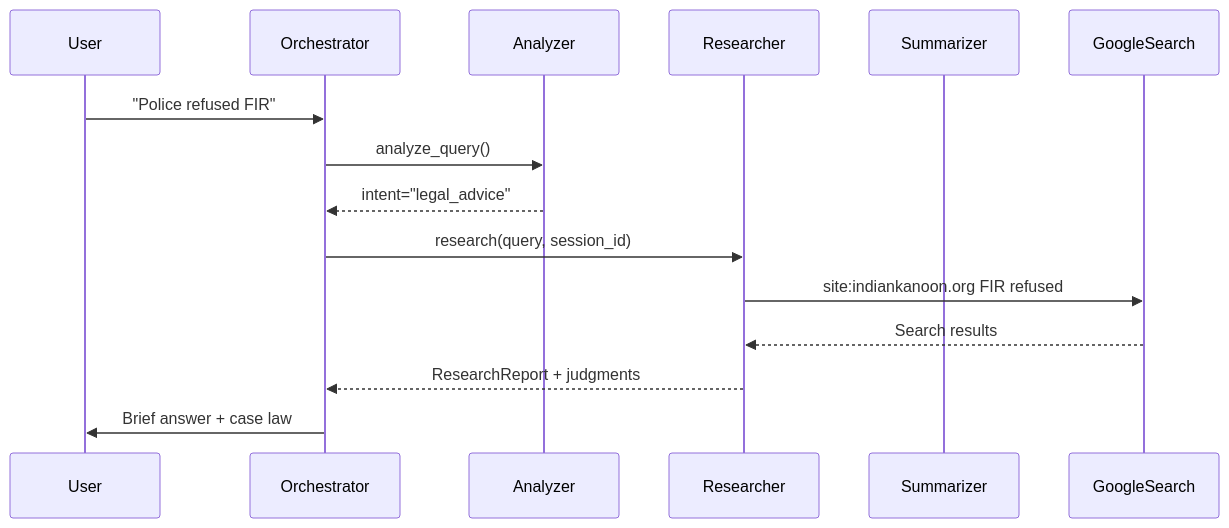
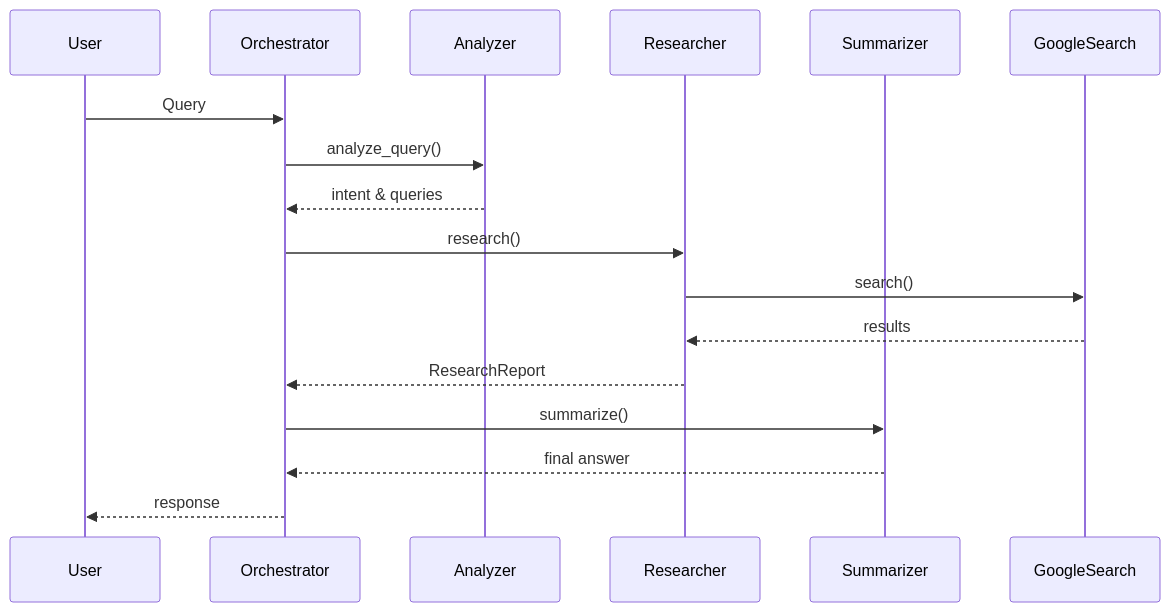
The diagram in agents/README.md (naKarthikSurya/Civic-AI), drawn with Mermaid before and after one commit. The commit also changed other lines of this file and 8 other files, not shown here.

````diff
--- a/agents/README.md
+++ b/agents/README.md
@@ -112,19 +70,18 @@
 ```mermaid
 sequenceDiagram
     participant User
     participant Orchestrator
     participant Analyzer
     participant Researcher
     participant Summarizer
-    
-    User->>Orchestrator: "Police refused FIR"
+    User->>Orchestrator: Query
     Orchestrator->>Analyzer: analyze_query()
-    Analyzer-->>Orchestrator: intent="legal_advice"
-    
-    Orchestrator->>Researcher: research(query, session_id)
-    Researcher->>GoogleSearch: site:indiankanoon.org FIR refused
-    GoogleSearch-->>Researcher: Search results
-    Researcher-->>Orchestrator: ResearchReport + judgments
-    
-    Orchestrator->>User: Brief answer + case law
+    Analyzer-->>Orchestrator: intent & queries
+    Orchestrator->>Researcher: research()
+    Researcher->>GoogleSearch: search()
+    GoogleSearch-->>Researcher: results
+    Researcher-->>Orchestrator: ResearchReport
+    Orchestrator->>Summarizer: summarize()
+    Summarizer-->>Orchestrator: final answer
+    Orchestrator-->>User: response
 ```
````
